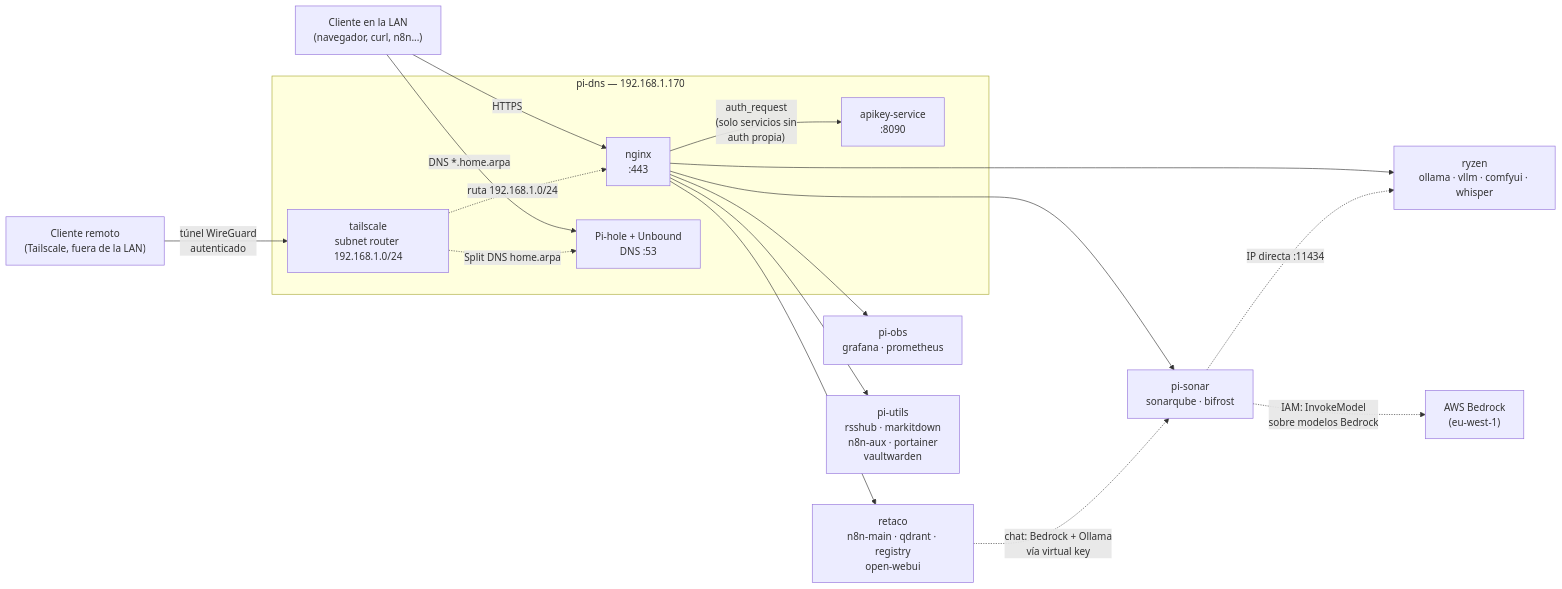
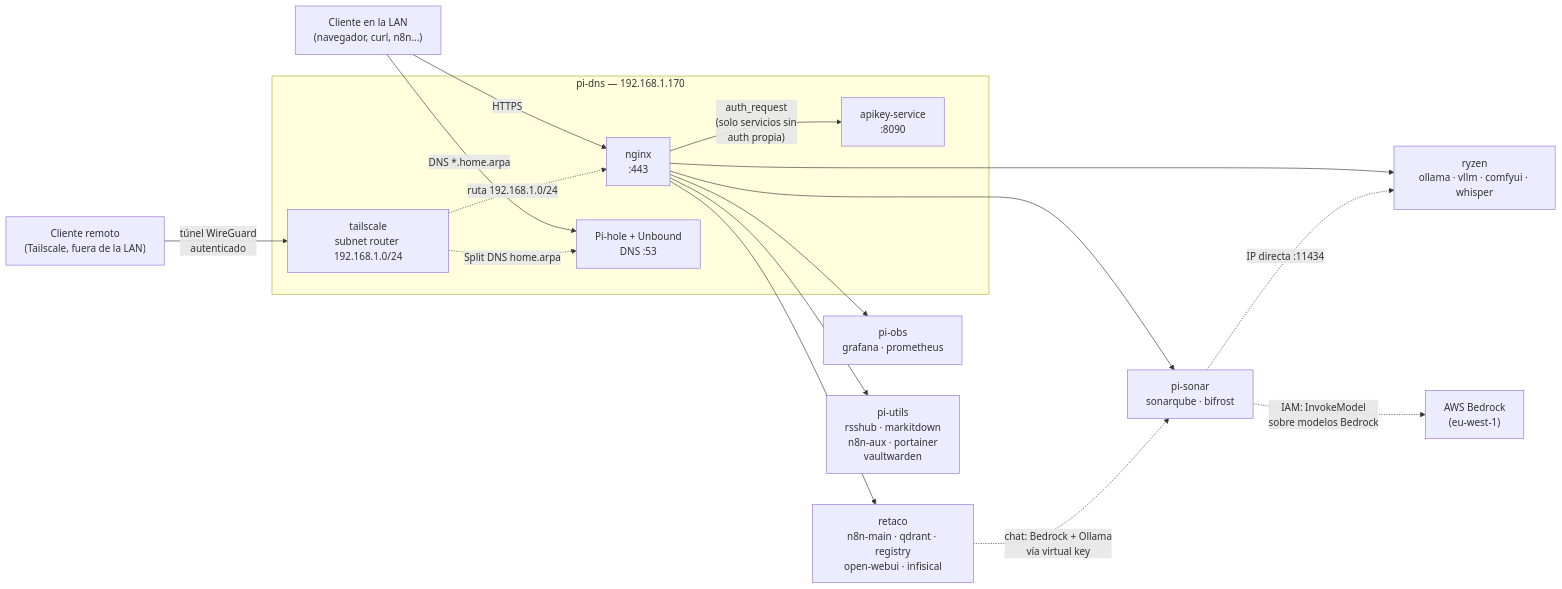
One commit to impalah/homelab-cluster changed the second of 5 diagrams in docs/01-topologia.md. Above: the diagram before and after it, drawn with Mermaid. The commit also changed other lines of this file and 21 other files, not shown here.

````diff
--- a/docs/01-topologia.md
+++ b/docs/01-topologia.md
@@ -41,28 +41,28 @@
 ```mermaid
 flowchart LR
     Client["Cliente en la LAN\n(navegador, curl, n8n...)"]
     Remote["Cliente remoto\n(Tailscale, fuera de la LAN)"]
 
     subgraph pidns["pi-dns — 192.168.1.170"]
         nginx["nginx\n:443"]
         apikey["apikey-service\n:8090"]
         pihole["Pi-hole + Unbound\nDNS :53"]
         ts["tailscale\nsubnet router 192.168.1.0/24"]
     end
 
     Client -->|"DNS *.home.arpa"| pihole
     Client -->|HTTPS| nginx
     Remote -->|"túnel WireGuard\nautenticado"| ts
     ts -.->|"Split DNS home.arpa"| pihole
     ts -.->|"ruta 192.168.1.0/24"| nginx
     nginx -->|"auth_request\n(solo servicios sin\nauth propia)"| apikey
 
     nginx --> ryzen["ryzen\nollama · vllm · comfyui · whisper"]
-    nginx --> retaco["retaco\nn8n-main · qdrant · registry\nopen-webui"]
+    nginx --> retaco["retaco\nn8n-main · qdrant · registry\nopen-webui · infisical"]
     nginx --> piobs["pi-obs\ngrafana · prometheus"]
     nginx --> pisonar["pi-sonar\nsonarqube · bifrost"]
     retaco -.->|"chat: Bedrock + Ollama\nvía virtual key"| pisonar
     pisonar -.->|"IAM: InvokeModel\nsobre modelos Bedrock"| bedrock["AWS Bedrock\n(eu-west-1)"]
     pisonar -.->|"IP directa :11434"| ryzen
     nginx --> piutils["pi-utils\nrsshub · markitdown\nn8n-aux · portainer\nvaultwarden"]
 ```
````
